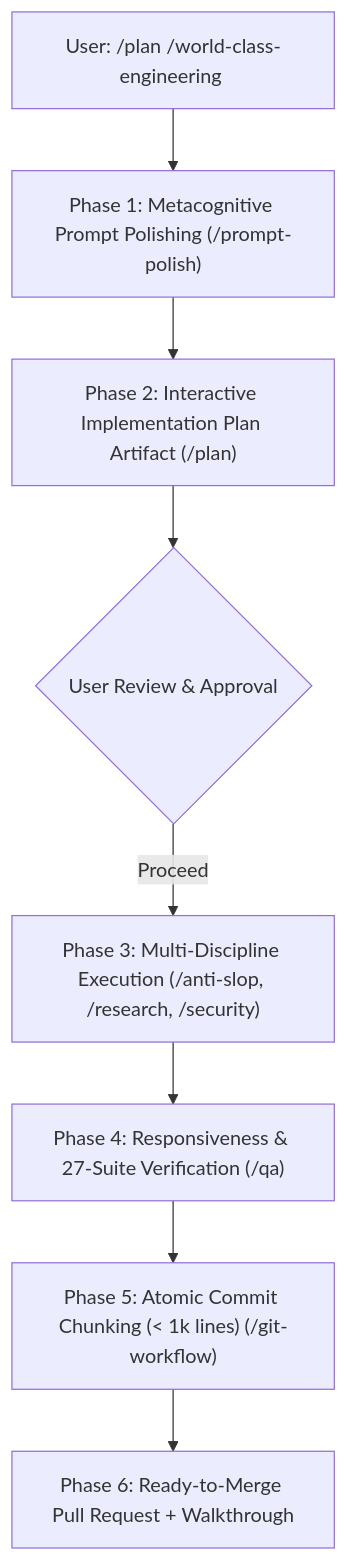
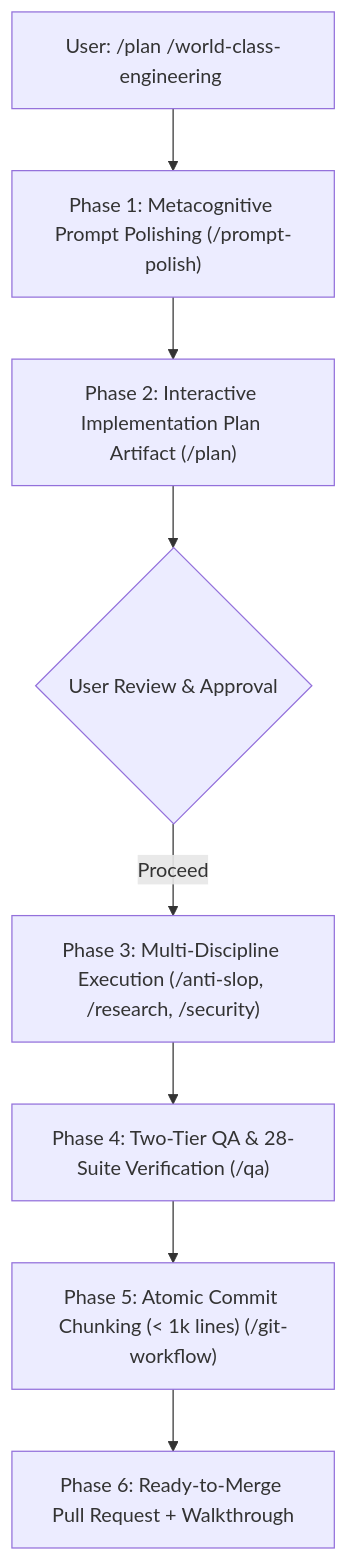
The first of 2 diagrams in README.md (darknecrocities/SkillBuilder), drawn with Mermaid before and after one commit. The commit also changed other lines of this file and 5 other files, not shown here.

Commit message:
feat(qa): implement two-tier QA architecture, manuals, verification engine, and error catalog

````diff
--- a/README.md
+++ b/README.md
@@ -123,10 +123,10 @@
 ```mermaid
 flowchart TD
     INPUT["User: /plan /world-class-engineering <Task>"] --> PPE["Phase 1: Metacognitive Prompt Polishing (/prompt-polish)"]
     PPE --> PLAN["Phase 2: Interactive Implementation Plan Artifact (/plan)"]
     PLAN --> APPROVE{"User Review & Approval"}
     APPROVE -- "Proceed" --> EXEC["Phase 3: Multi-Discipline Execution (/anti-slop, /research, /security)"]
-    EXEC --> QA["Phase 4: Responsiveness & 27-Suite Verification (/qa)"]
+    EXEC --> QA["Phase 4: Two-Tier QA & 28-Suite Verification (/qa)"]
     QA --> CHUNK["Phase 5: Atomic Commit Chunking (< 1k lines) (/git-workflow)"]
     CHUNK --> PR["Phase 6: Ready-to-Merge Pull Request + Walkthrough"]
 ```
````
